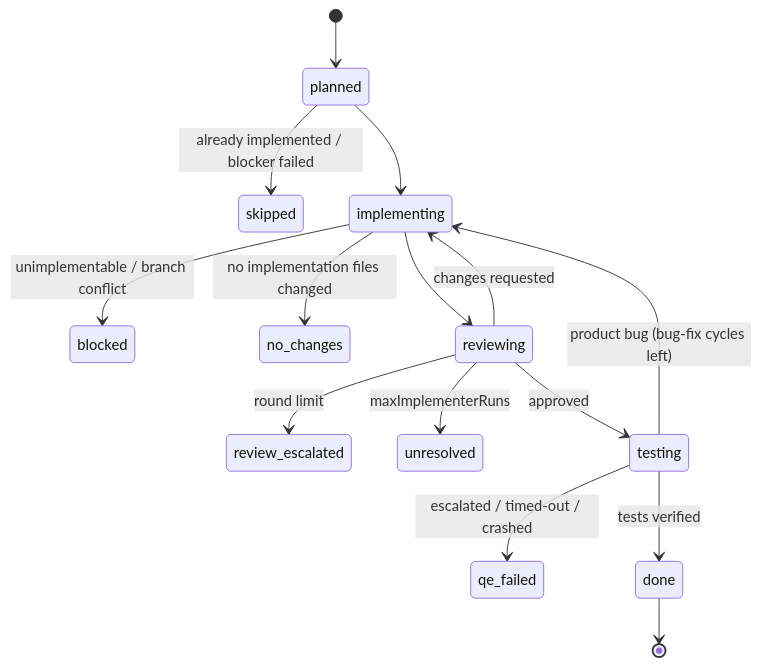
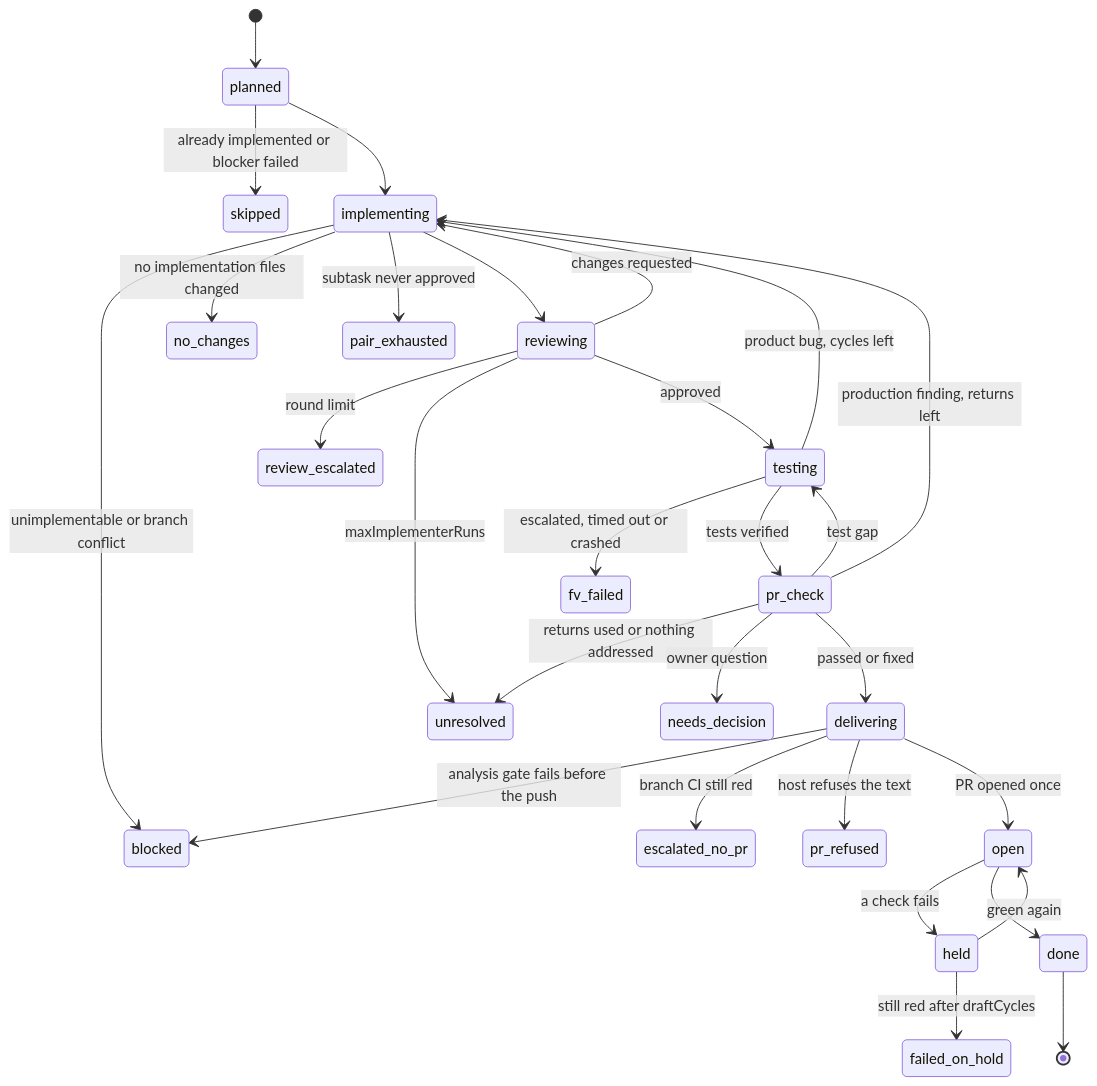
Before and after one commit to armandodollia-slalom/ai-app-factory-public: the seventh of 7 diagrams in docs/ai-pipeline/README.md, drawn with Mermaid. The commit also changed other lines of this file and 157 other files, not shown here.

````diff
--- a/docs/ai-pipeline/README.md
+++ b/docs/ai-pipeline/README.md
@@ -145,17 +324,31 @@
 ```mermaid
 stateDiagram-v2
   [*] --> planned
-  planned --> skipped: already implemented / blocker failed
+  planned --> skipped: already implemented or blocker failed
   planned --> implementing
-  implementing --> blocked: unimplementable / branch conflict
+  implementing --> blocked: unimplementable or branch conflict
   implementing --> no_changes: no implementation files changed
+  implementing --> pair_exhausted: subtask never approved
   implementing --> reviewing
   reviewing --> implementing: changes requested
   reviewing --> review_escalated: round limit
   reviewing --> unresolved: maxImplementerRuns
   reviewing --> testing: approved
-  testing --> implementing: product bug (bug-fix cycles left)
-  testing --> qe_failed: escalated / timed-out / crashed
-  testing --> done: tests verified
+  testing --> implementing: product bug, cycles left
+  testing --> fv_failed: escalated, timed out or crashed
+  testing --> pr_check: tests verified
+  pr_check --> implementing: production finding, returns left
+  pr_check --> testing: test gap
+  pr_check --> unresolved: returns used or nothing addressed
+  pr_check --> needs_decision: owner question
+  pr_check --> delivering: passed or fixed
+  delivering --> blocked: analysis gate fails before the push
+  delivering --> escalated_no_pr: branch CI still red
+  delivering --> pr_refused: host refuses the text
+  delivering --> open: PR opened once
+  open --> held: a check fails
+  held --> open: green again
+  held --> failed_on_hold: still red after draftCycles
+  open --> done
   done --> [*]
 ```
````
